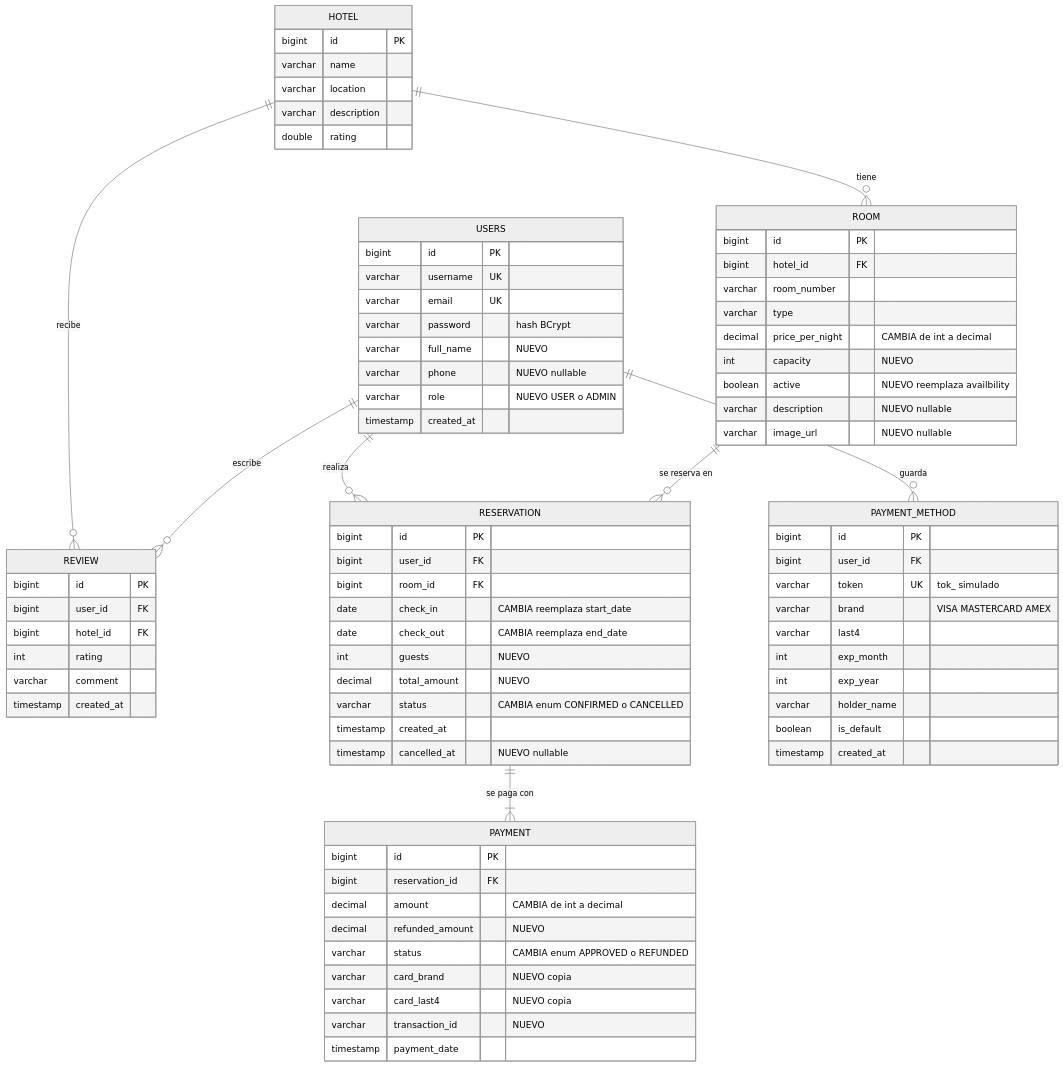
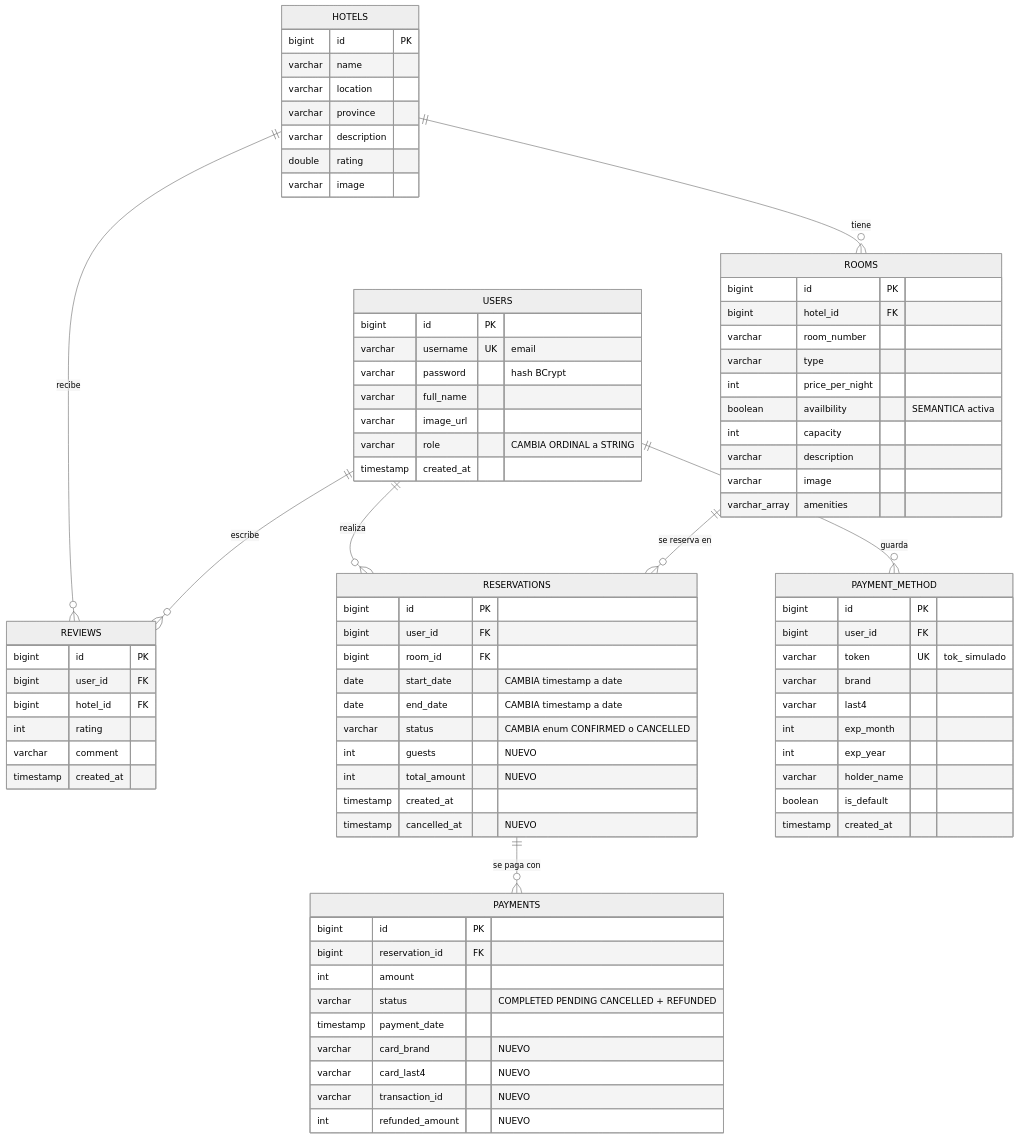
Before and after one commit to ShiirooS/proyecto1-dsaia: the second of 2 diagrams in docs/architecture/ARCHITECTURE.md, drawn with Mermaid (neutral theme). The commit also changed other lines of this file and 15 other files, not shown here.

````diff
--- a/docs/architecture/ARCHITECTURE.md
+++ b/docs/architecture/ARCHITECTURE.md
@@ -138,69 +146,71 @@
 ```mermaid
 erDiagram
-  HOTEL ||--o{ ROOM : tiene
-  HOTEL ||--o{ REVIEW : recibe
-  USERS ||--o{ REVIEW : escribe
-  USERS ||--o{ RESERVATION : realiza
+  HOTELS ||--o{ ROOMS : tiene
+  HOTELS ||--o{ REVIEWS : recibe
+  USERS ||--o{ REVIEWS : escribe
+  USERS ||--o{ RESERVATIONS : realiza
   USERS ||--o{ PAYMENT_METHOD : guarda
-  ROOM ||--o{ RESERVATION : "se reserva en"
-  RESERVATION ||--|{ PAYMENT : "se paga con"
+  ROOMS ||--o{ RESERVATIONS : "se reserva en"
+  RESERVATIONS ||--o{ PAYMENTS : "se paga con"
 
   USERS {
     bigint id PK
-    varchar username UK
-    varchar email UK
+    varchar username UK "email"
     varchar password "hash BCrypt"
-    varchar full_name "NUEVO"
-    varchar phone "NUEVO nullable"
-    varchar role "NUEVO USER o ADMIN"
+    varchar full_name
+    varchar image_url
+    varchar role "CAMBIA ORDINAL a STRING"
     timestamp created_at
   }
-  HOTEL {
+  HOTELS {
     bigint id PK
     varchar name
     varchar location
+    varchar province
     varchar description
     double rating
+    varchar image
   }
-  ROOM {
+  ROOMS {
     bigint id PK
     bigint hotel_id FK
     varchar room_number
     varchar type
-    decimal price_per_night "CAMBIA de int a decimal"
-    int capacity "NUEVO"
-    boolean active "NUEVO reemplaza availbility"
-    varchar description "NUEVO nullable"
-    varchar image_url "NUEVO nullable"
+    int price_per_night
+    boolean availbility "SEMANTICA activa"
+    int capacity
+    varchar description
+    varchar image
+    varchar_array amenities
   }
-  RESERVATION {
+  RESERVATIONS {
     bigint id PK
     bigint user_id FK
     bigint room_id FK
-    date check_in "CAMBIA reemplaza start_date"
-    date check_out "CAMBIA reemplaza end_date"
+    date start_date "CAMBIA timestamp a date"
+    date end_date "CAMBIA timestamp a date"
+    varchar status "CAMBIA enum CONFIRMED o CANCELLED"
     int guests "NUEVO"
-    decimal total_amount "NUEVO"
-    varchar status "CAMBIA enum CONFIRMED o CANCELLED"
+    int total_amount "NUEVO"
     timestamp created_at
-    timestamp cancelled_at "NUEVO nullable"
+    timestamp cancelled_at "NUEVO"
   }
-  PAYMENT {
+  PAYMENTS {
     bigint id PK
     bigint reservation_id FK
-    decimal amount "CAMBIA de int a decimal"
-    decimal refunded_amount "NUEVO"
-    varchar status "CAMBIA enum APPROVED o REFUNDED"
-    varchar card_brand "NUEVO copia"
-    varchar card_last4 "NUEVO copia"
+    int amount
+    varchar status "COMPLETED PENDING CANCELLED + REFUNDED"
+    timestamp payment_date
+    varchar card_brand "NUEVO"
+    varchar card_last4 "NUEVO"
     varchar transaction_id "NUEVO"
-    timestamp payment_date
+    int refunded_amount "NUEVO"
   }
   PAYMENT_METHOD {
     bigint id PK
     bigint user_id FK
     varchar token UK "tok_ simulado"
-    varchar brand "VISA MASTERCARD AMEX"
+    varchar brand
     varchar last4
     int exp_month
     int exp_year
@@ -208,7 +218,7 @@
     boolean is_default
     timestamp created_at
   }
-  REVIEW {
+  REVIEWS {
     bigint id PK
     bigint user_id FK
     bigint hotel_id FK
````
